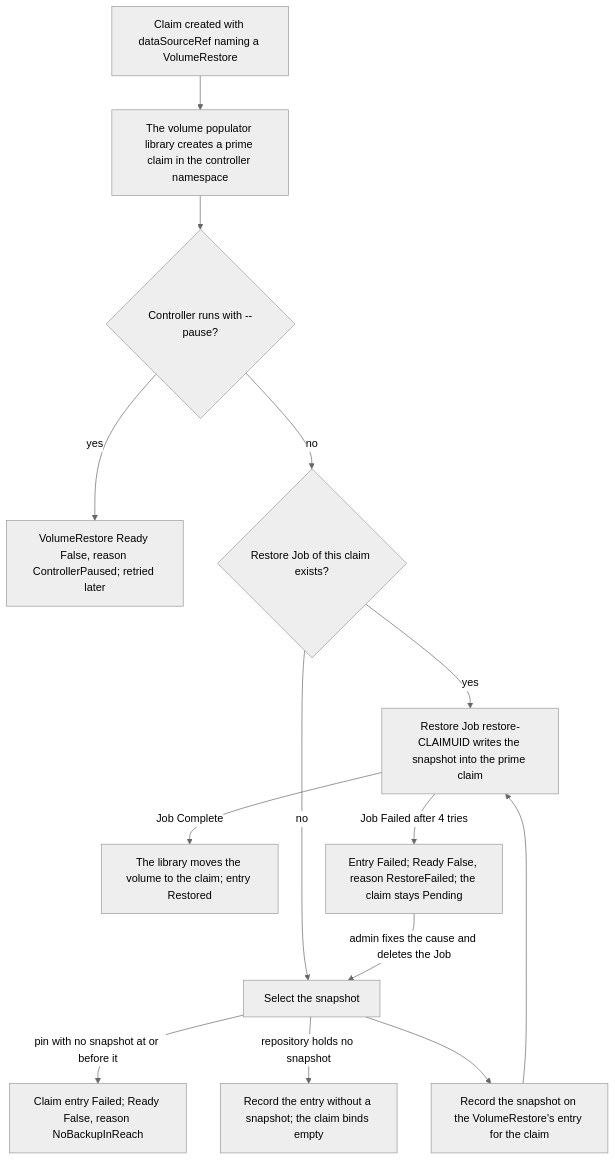
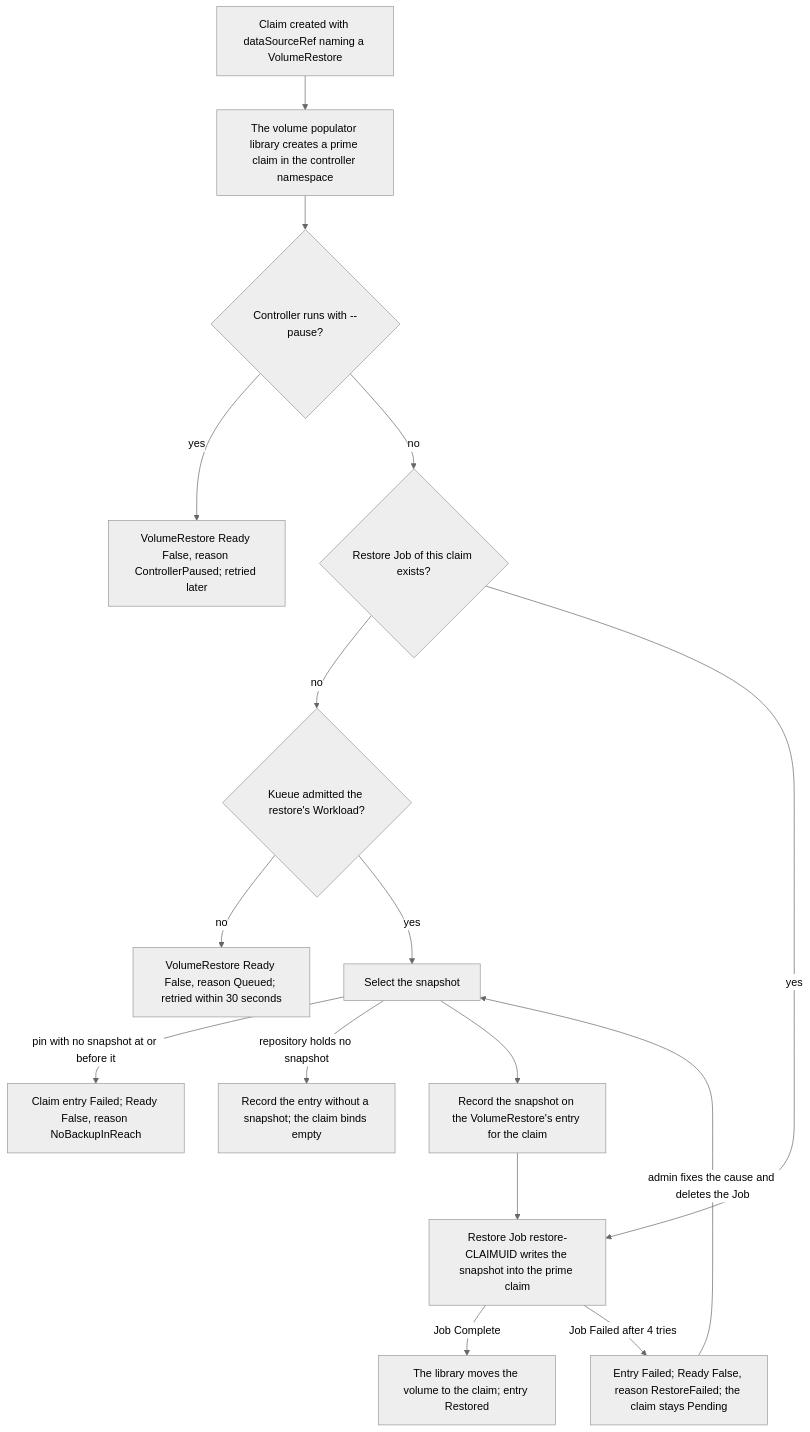
Before and after one commit to walzen-group/backup-controller: the second of 3 diagrams in docs/automatic-restore.md, drawn with Mermaid (neutral theme). The commit also changed other lines of this file and 26 other files, not shown here.

First line of the commit message:
feat: one Kueue quota for every run and populator restore (v1.0.1)

````diff
--- a/docs/automatic-restore.md
+++ b/docs/automatic-restore.md
@@ -82,16 +82,19 @@
 ```mermaid
 flowchart TD
     A[Claim created with dataSourceRef naming a VolumeRestore] --> B[The volume populator library creates a prime claim in the controller namespace]
     B --> P{Controller runs with --pause?}
     P -- yes --> W1[VolumeRestore Ready False, reason ControllerPaused; retried later]
     P -- no --> C{Restore Job of this claim exists?}
+    C -- no --> Q{Kueue admitted the restore's Workload?}
+    Q -- no --> WQ[VolumeRestore Ready False, reason Queued; retried within 30 seconds]
+    Q -- yes --> S
     C -- yes --> J
-    C -- no --> S[Select the snapshot]
+    S[Select the snapshot]
     S -- pin with no snapshot at or before it --> F1[Claim entry Failed; Ready False, reason NoBackupInReach]
     S -- repository holds no snapshot --> E[Record the entry without a snapshot; the claim binds empty]
     S --> R[Record the snapshot on the VolumeRestore's entry for the claim]
     R --> J[Restore Job restore-CLAIMUID writes the snapshot into the prime claim]
     J -- Job Complete --> OK[The library moves the volume to the claim; entry Restored]
     J -- Job Failed after 4 tries --> F2[Entry Failed; Ready False, reason RestoreFailed; the claim stays Pending]
     F2 -- admin fixes the cause and deletes the Job --> S
 ```
````
